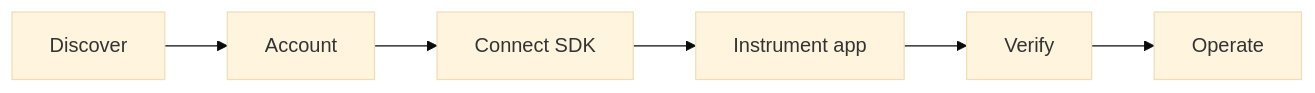
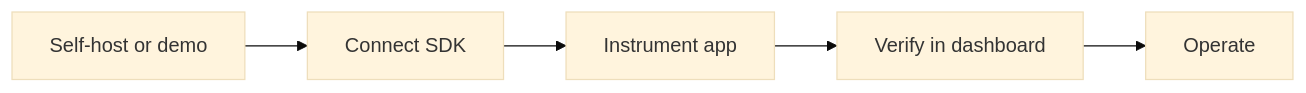
One commit to vaibhav11123/agentcogs changed the diagram in README.md. Above: the diagram before and after it, drawn with Mermaid (base theme). The commit also changed other lines of this file and 1 other file, not shown here.

````diff
--- a/README.md
+++ b/README.md
@@ -51,8 +120,7 @@
 ```mermaid
 flowchart LR
-  A[Discover] --> B[Account]
-  B --> C[Connect SDK]
-  C --> D[Instrument app]
-  D --> E[Verify]
-  E --> F[Operate]
+  A[Self-host or demo] --> B[Connect SDK]
+  B --> C[Instrument app]
+  C --> D[Verify in dashboard]
+  D --> E[Operate]
 ```
````
